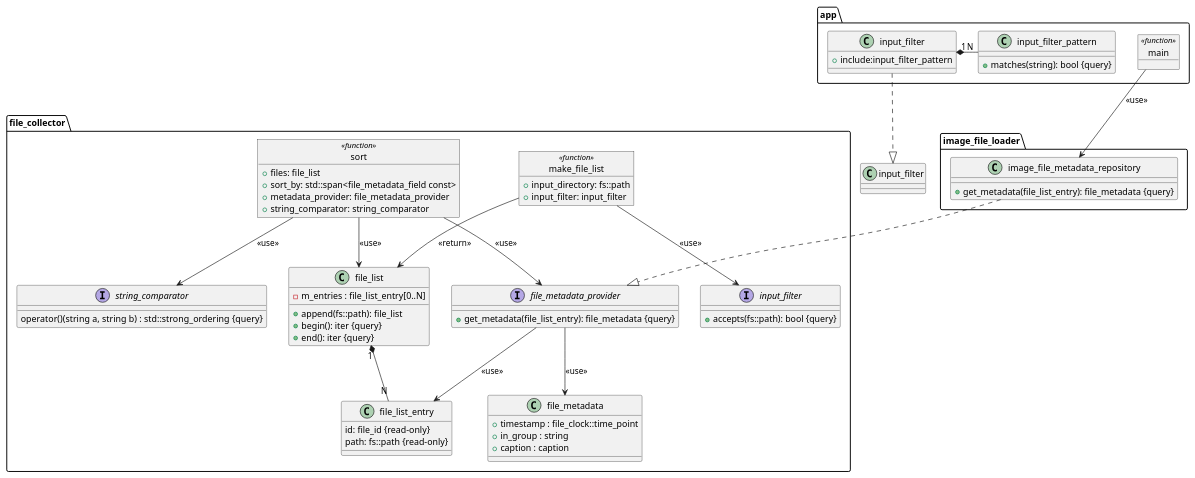
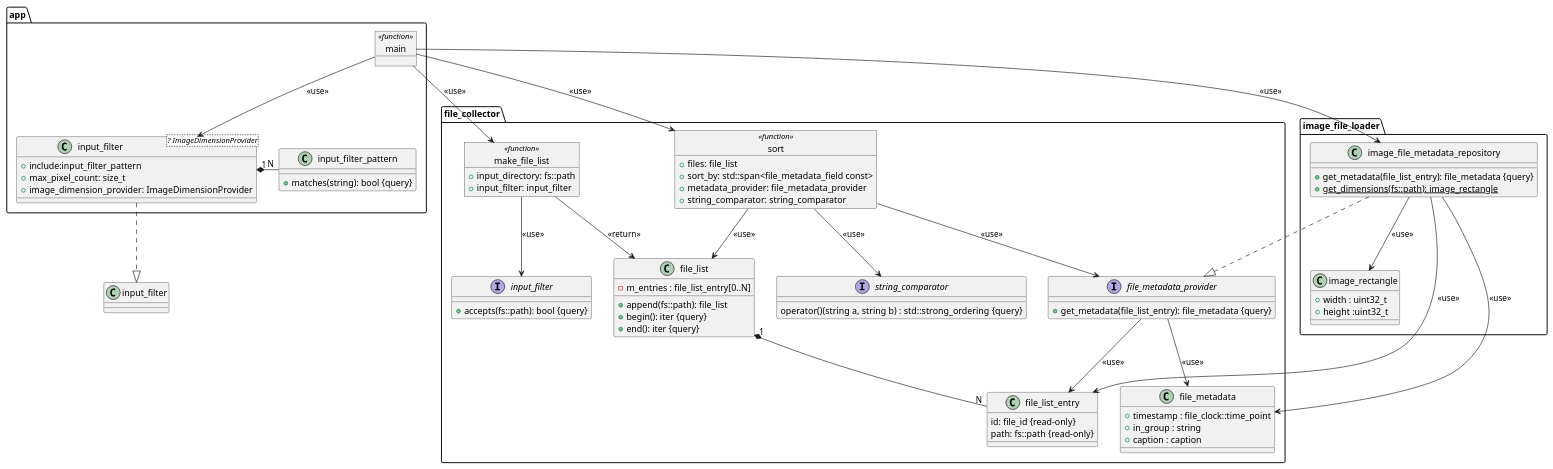
The diagram in doc/class_diagram.puml (milasudril/slideproj), drawn with PlantUML before and after one commit. The commit also changed 5 other files, not shown here.

```diff
--- a/doc/class_diagram.puml
+++ b/doc/class_diagram.puml
@@ -1,80 +1,95 @@
 @startuml
 package file_collector {
 	interface input_filter {
 		+accepts(fs::path): bool {query}
   }
 
 	interface file_metadata_provider{
 		+get_metadata(file_list_entry): file_metadata {query}
 	}
 
 	interface string_comparator {
 		operator()(string a, string b) : std::strong_ordering  {query}
 	}
 
 	class file_list_entry {
 		id: file_id {read-only}
 		path: fs::path {read-only}
 	}
 
 	class file_metadata {
 		+timestamp : file_clock::time_point
 		+in_group : string
 		+caption : caption
 	}
 
 	class file_list {
 		+append(fs::path): file_list
     +begin(): iter {query}
 		+end(): iter {query}
 		-m_entries : file_list_entry[0..N]
 	}
 
 	object make_file_list <<function>> {
 		+input_directory: fs::path
 		+input_filter: input_filter
 	}
 
 	object sort <<function>> {
 		+files: file_list
 		+sort_by: std::span<file_metadata_field const>
 		+metadata_provider: file_metadata_provider
 		+string_comparator: string_comparator
 	}
 }
 
 file_metadata_provider --> file_list_entry: <<use>>
 file_metadata_provider --> file_metadata: <<use>>
 file_list "1" *- "N" file_list_entry
 make_file_list --> file_list: <<return>>
 make_file_list --> input_filter: <<use>>
 sort --> file_list: <<use>>
 sort --> file_metadata_provider: <<use>>
 sort --> string_comparator: <<use>>
 
 package image_file_loader {
 	class image_file_metadata_repository {
 		+get_metadata(file_list_entry): file_metadata {query}
+    +get_dimensions(fs::path): image_rectangle {static}
+	}
+
+	class image_rectangle {
+		+width : uint32_t
+		+height :uint32_t
 	}
 }
+
+image_file_metadata_repository --> image_rectangle: <<use>>
+image_file_metadata_repository --> file_metadata: <<use>>
+image_file_metadata_repository --> file_list_entry: <<use>>
+
 
 package app {
 	class input_filter_pattern {
 		+matches(string): bool {query}
 	}
 
-	class "input_filter" as app.input_filter {
+	class "input_filter" as app.input_filter <? ImageDimensionProvider> {
 		+include:input_filter_pattern
+		+max_pixel_count: size_t
+		+image_dimension_provider: ImageDimensionProvider
 	}
 
 	object main <<function>> {
 	}
 }
 
 app.input_filter ..|> input_filter
 app.input_filter "1" *- "N" input_filter_pattern
 image_file_metadata_repository ..|> file_metadata_provider
 main --> image_file_metadata_repository: <<use>>
-
+main --> app.input_filter: <<use>>
+main --> make_file_list: <<use>>
+main --> sort: <<use>>
 
 @enduml
```
